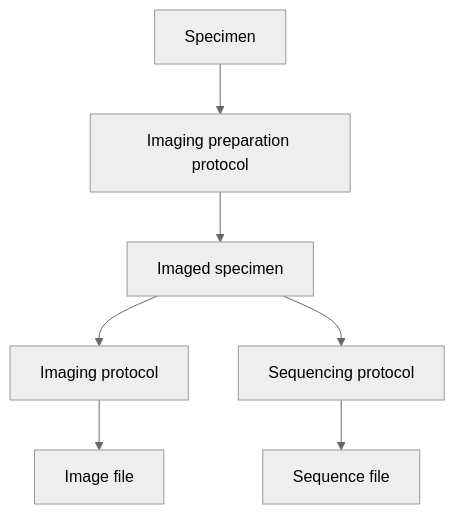
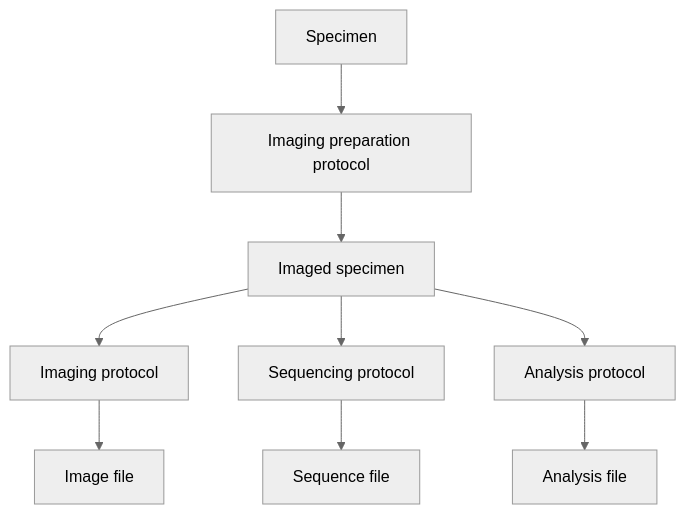
Before and after one commit to ebi-ait/hca-ebi-wrangler-central: the diagram in docs/technology_types_guide/10X_Visium/Curation_guidelines.md, drawn with Mermaid (neutral theme).

Commit message:
Add analysis file in Curation_guidelines.md graph

````diff
--- a/docs/technology_types_guide/10X_Visium/Curation_guidelines.md
+++ b/docs/technology_types_guide/10X_Visium/Curation_guidelines.md
@@ -36,9 +36,11 @@
 ```mermaid
 graph TD;
 A[Specimen] --> B[Imaging preparation protocol]
 B --> C[Imaged specimen]
 C --> D[Imaging protocol]
 D --> E[Image file]
 C --> G[Sequencing protocol]
 G --> H[Sequence file]
+C --> I[Analysis protocol]
+I --> J[Analysis file]
 ```
````
